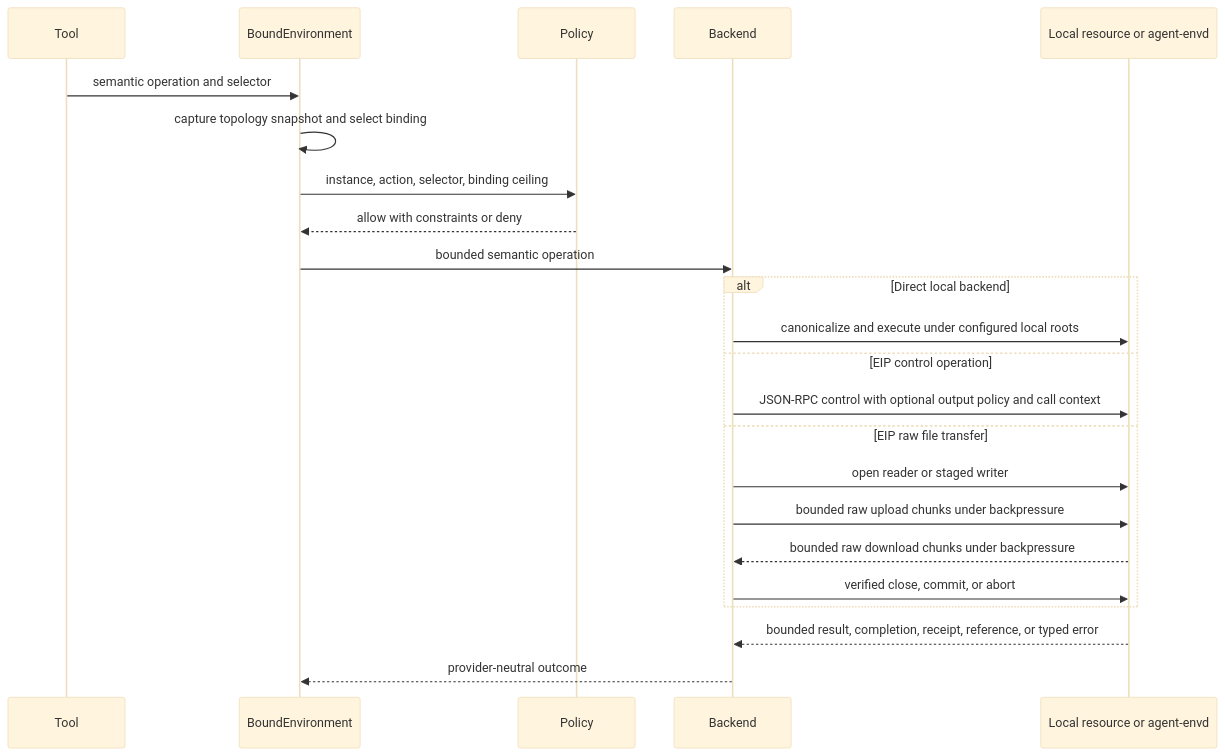
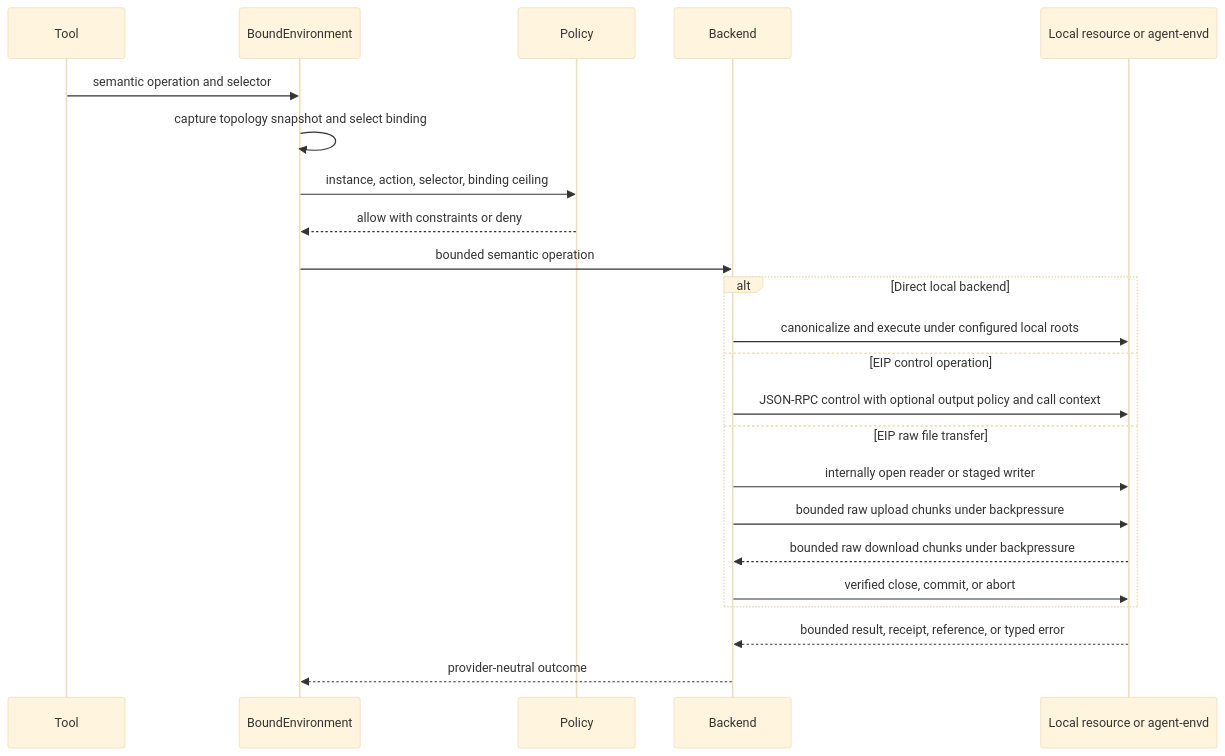
The diagram in spec/agent-harness/08-environment-integration.md (LTThreeComma/agent-foundation), drawn with Mermaid (base theme) before and after one commit. The commit also changed other lines of this file and 78 other files, not shown here.

````diff
--- a/spec/agent-harness/08-environment-integration.md
+++ b/spec/agent-harness/08-environment-integration.md
@@ -795,26 +795,26 @@
 ```mermaid
 sequenceDiagram
     participant Tool
     participant Bound as BoundEnvironment
     participant Policy
     participant Backend
     participant Resource as Local resource or agent-envd
 
     Tool->>Bound: semantic operation and selector
     Bound->>Bound: capture topology snapshot and select binding
     Bound->>Policy: instance, action, selector, binding ceiling
     Policy-->>Bound: allow with constraints or deny
     Bound->>Backend: bounded semantic operation
     alt Direct local backend
         Backend->>Resource: canonicalize and execute under configured local roots
     else EIP control operation
         Backend->>Resource: JSON-RPC control with optional output policy and call context
     else EIP raw file transfer
-        Backend->>Resource: open reader or staged writer
+        Backend->>Resource: internally open reader or staged writer
         Backend->>Resource: bounded raw upload chunks under backpressure
         Resource-->>Backend: bounded raw download chunks under backpressure
         Backend->>Resource: verified close, commit, or abort
     end
-    Resource-->>Backend: bounded result, completion, receipt, reference, or typed error
+    Resource-->>Backend: bounded result, receipt, reference, or typed error
     Backend-->>Bound: provider-neutral outcome
 ```
````
